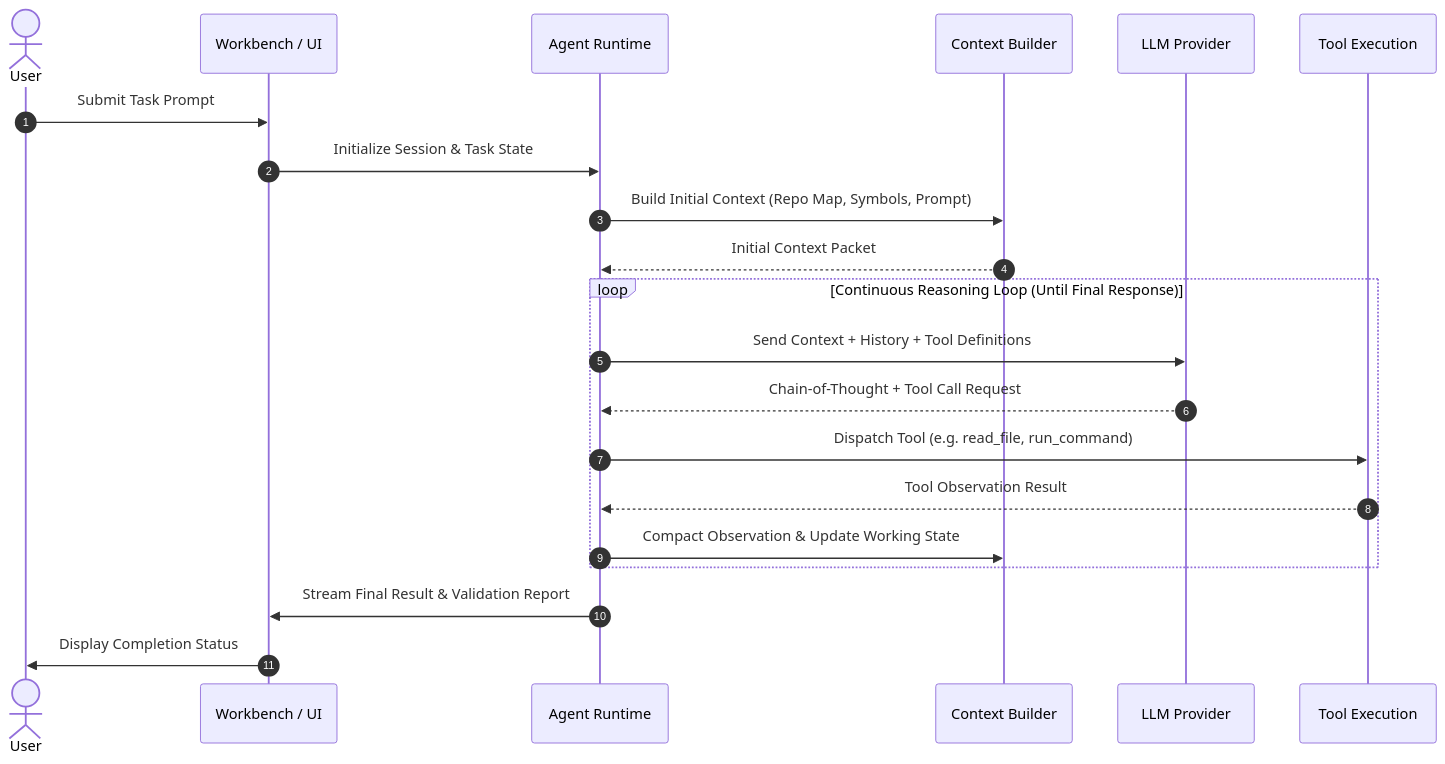
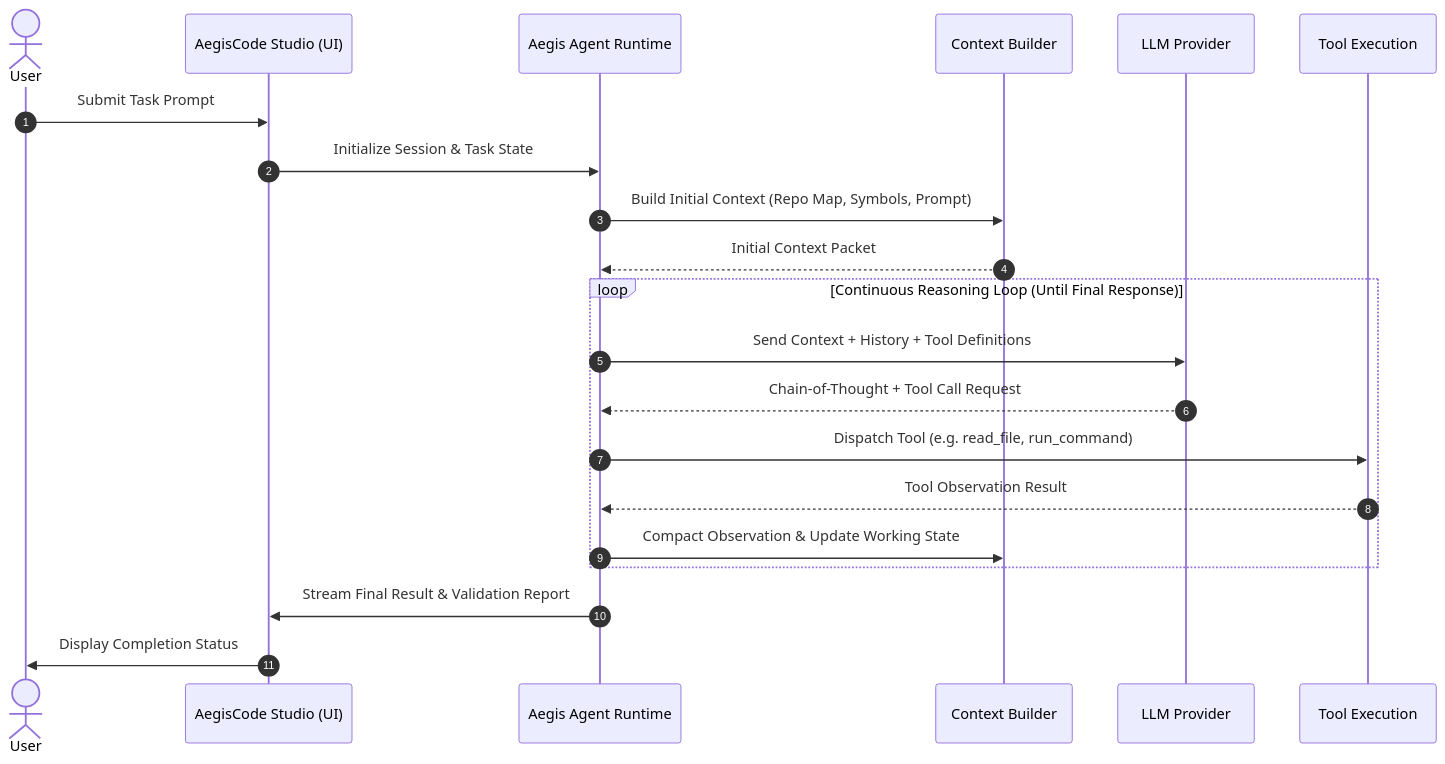
Before and after one commit to aditlab-code/aegiscode: the second of 2 diagrams in docs/architecture.md, drawn with Mermaid. The commit also changed other lines of this file and 90 other files, not shown here.

First line of the commit message:
feat: migrasi branding penuh dari Aether ke AegisCode

````diff
--- a/docs/architecture.md
+++ b/docs/architecture.md
@@ -77,26 +75,26 @@
 ```mermaid
 sequenceDiagram
     autonumber
     actor User
-    participant Workbench as Workbench / UI
-    participant Runtime as Agent Runtime
+    participant Workbench as AegisCode Studio (UI)
+    participant Runtime as Aegis Agent Runtime
     participant Context as Context Builder
     participant LLM as LLM Provider
     participant Tools as Tool Execution
 
     User->>Workbench: Submit Task Prompt
     Workbench->>Runtime: Initialize Session & Task State
     Runtime->>Context: Build Initial Context (Repo Map, Symbols, Prompt)
     Context-->>Runtime: Initial Context Packet
     
     loop Continuous Reasoning Loop (Until Final Response)
         Runtime->>LLM: Send Context + History + Tool Definitions
         LLM-->>Runtime: Chain-of-Thought + Tool Call Request
         Runtime->>Tools: Dispatch Tool (e.g. read_file, run_command)
         Tools-->>Runtime: Tool Observation Result
         Runtime->>Context: Compact Observation & Update Working State
     end
 
     Runtime->>Workbench: Stream Final Result & Validation Report
     Workbench->>User: Display Completion Status
 ```
````
